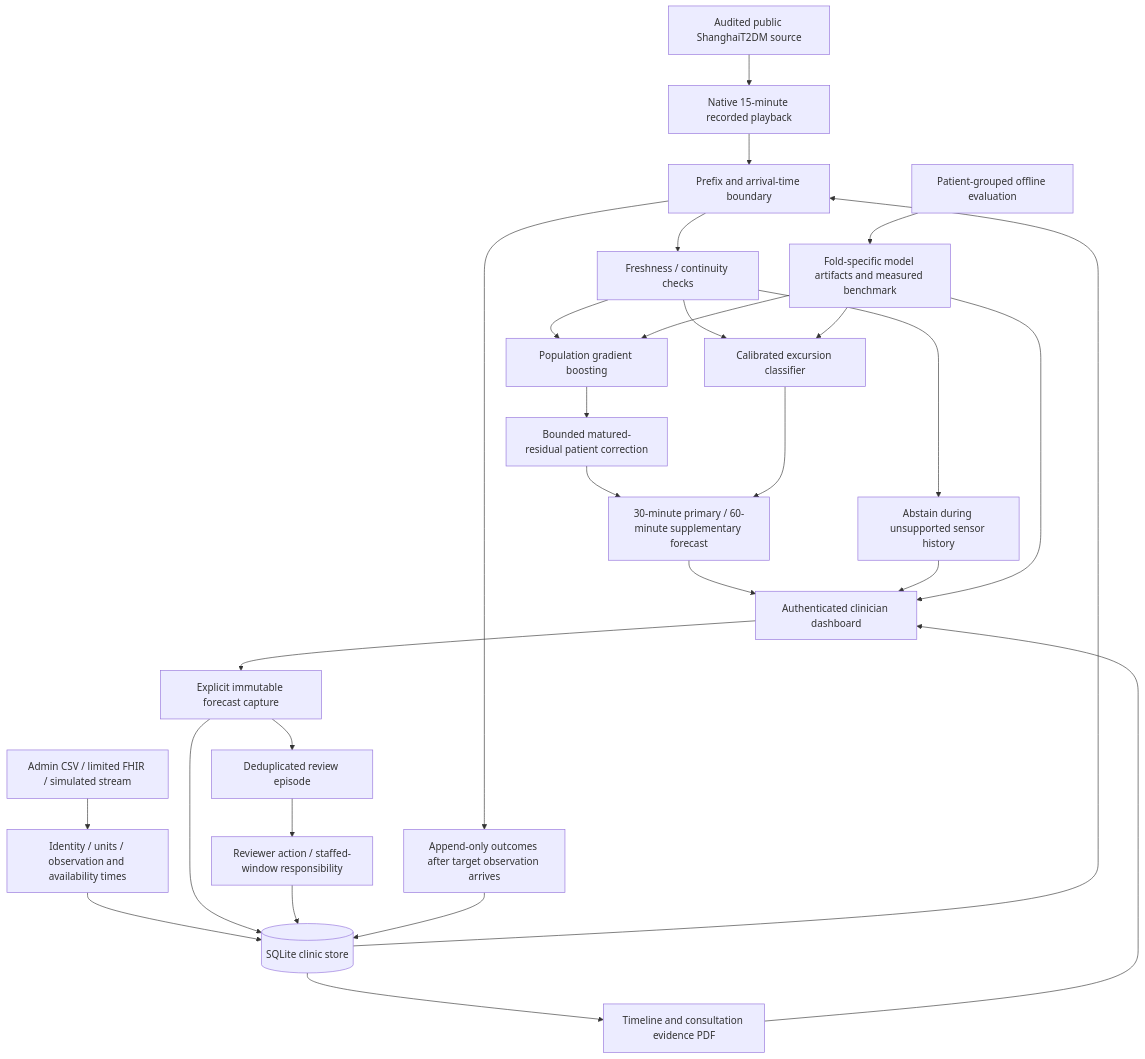
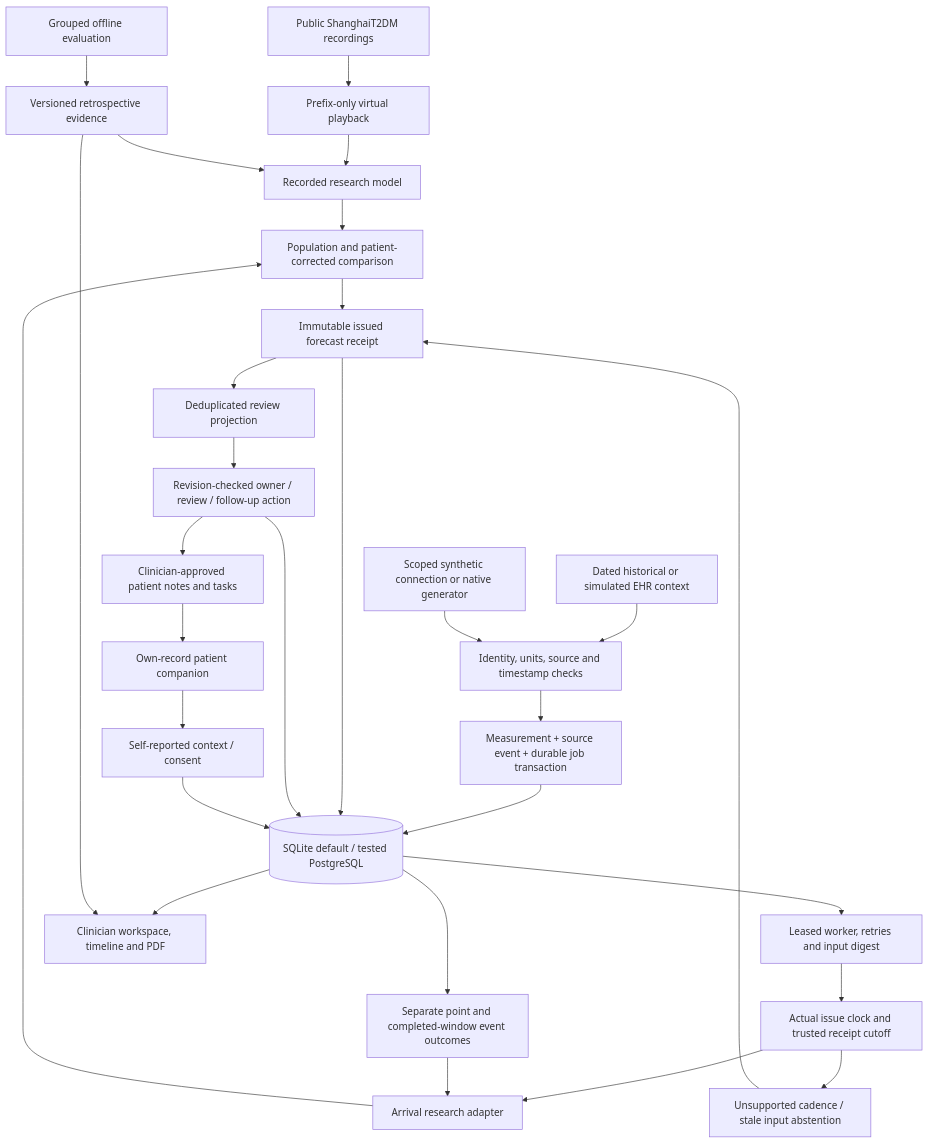
The diagram in docs/ARCHITECTURE.md (shanmukhgara48-source/glucotwin-alpha), drawn with Mermaid before and after one commit. The commit also changed other lines of this file and 78 other files, not shown here.

````diff
--- a/docs/ARCHITECTURE.md
+++ b/docs/ARCHITECTURE.md
@@ -5,30 +5,31 @@
-```mermaid
+~~~mermaid
 flowchart TD
-    A[Audited public ShanghaiT2DM source] --> B[Native 15-minute recorded playback]
-    C[Admin CSV / limited FHIR / simulated stream] --> D[Identity / units / observation and availability times]
-    D --> E[(SQLite clinic store)]
-    B --> F[Prefix and arrival-time boundary]
-    E --> F
-    F --> G[Freshness / continuity checks]
-    G --> H[Population gradient boosting]
-    H --> I[Bounded matured-residual patient correction]
-    G --> J[Calibrated excursion classifier]
-    I --> K[30-minute primary / 60-minute supplementary forecast]
-    J --> K
-    G --> L[Abstain during unsupported sensor history]
-    K --> M[Authenticated clinician dashboard]
-    L --> M
-    M --> N[Explicit immutable forecast capture]
-    N --> E
-    N --> O[Deduplicated review episode]
-    O --> P[Reviewer action / staffed-window responsibility]
-    P --> E
-    F --> Q[Append-only outcomes after target observation arrives]
-    Q --> E
-    E --> R[Timeline and consultation evidence PDF]
-    R --> M
-    S[Patient-grouped offline evaluation] --> T[Fold-specific model artifacts and measured benchmark]
-    T --> H
-    T --> J
-    T --> M
-```
+    A[Public ShanghaiT2DM recordings] --> B[Prefix-only virtual playback]
+    C[Dated historical or simulated EHR context] --> D[Identity, units, source and timestamp checks]
+    E[Scoped synthetic connection or native generator] --> D
+    D --> F[Measurement + source event + durable job transaction]
+    F --> G[(SQLite default / tested PostgreSQL)]
+    G --> H[Leased worker, retries and input digest]
+    H --> I[Actual issue clock and trusted receipt cutoff]
+    B --> J[Recorded research model]
+    I --> K[Arrival research adapter]
+    J --> L[Population and patient-corrected comparison]
+    K --> L
+    I --> M[Unsupported cadence / stale input abstention]
+    L --> N[Immutable issued forecast receipt]
+    M --> N
+    N --> G
+    N --> O[Deduplicated review projection]
+    O --> P[Revision-checked owner / review / follow-up action]
+    P --> G
+    G --> Q[Separate point and completed-window event outcomes]
+    Q --> K
+    G --> R[Clinician workspace, timeline and PDF]
+    S[Own-record patient companion] --> T[Self-reported context / consent]
+    T --> G
+    P --> U[Clinician-approved patient notes and tasks]
+    U --> S
+    V[Grouped offline evaluation] --> W[Versioned retrospective evidence]
+    W --> J
+    W --> R
+~~~
````
